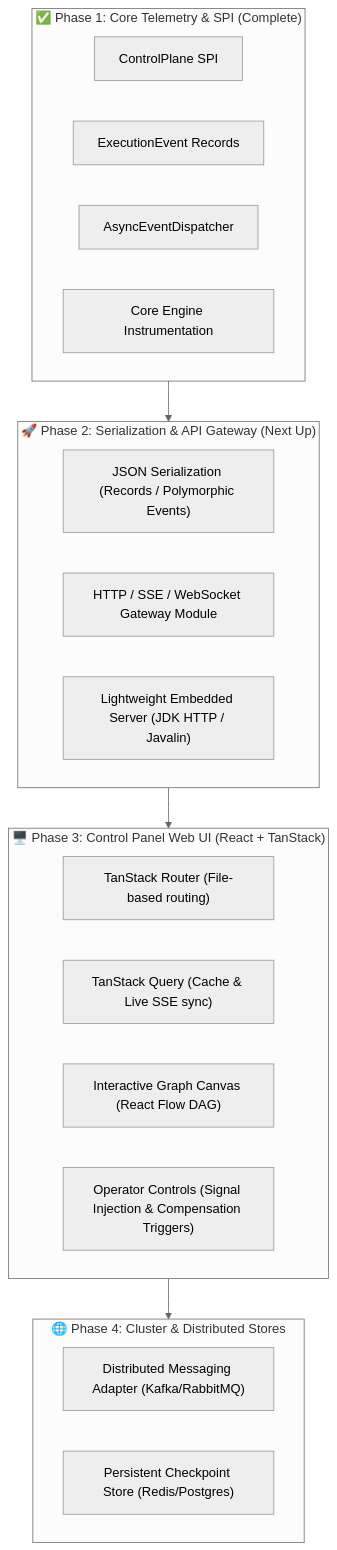
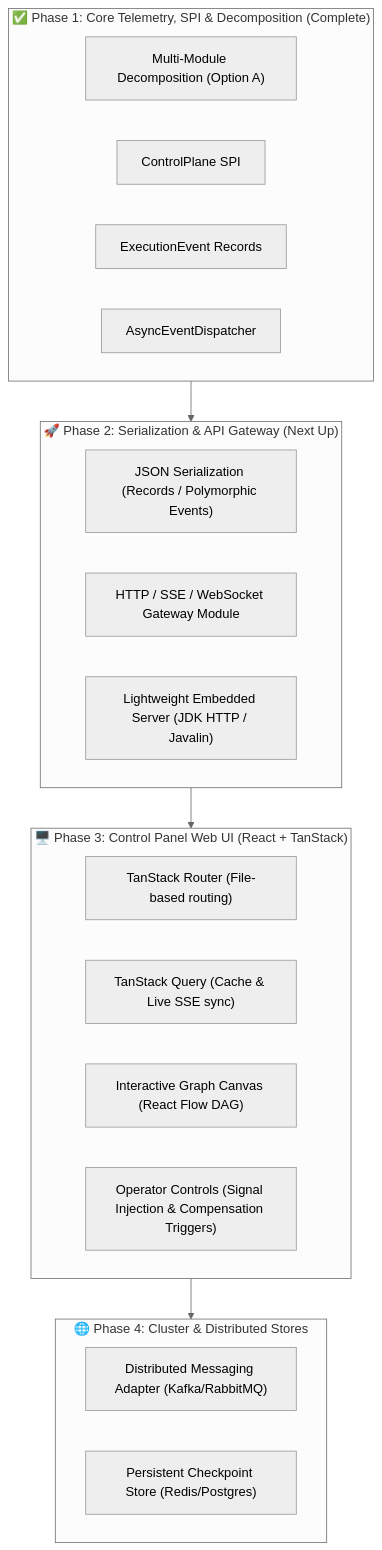
Before and after one commit to f442y/dispersion: the diagram in NEXT_STEPS.md, drawn with Mermaid (neutral theme). The commit also changed other lines of this file, not shown here.

Commit message:
docs: update NEXT_STEPS roadmap to reflect multi-module decomposition

````diff
--- a/NEXT_STEPS.md
+++ b/NEXT_STEPS.md
@@ -48,31 +57,31 @@
 ```mermaid
 flowchart TD
-    subgraph Done["✅ Phase 1: Core Telemetry & SPI (Complete)"]
+    subgraph Done["✅ Phase 1: Core Telemetry, SPI & Decomposition (Complete)"]
+        DEC["Multi-Module Decomposition (Option A)"]
         CP["ControlPlane SPI"]
         EE["ExecutionEvent Records"]
         DISP["AsyncEventDispatcher"]
-        INST["Core Engine Instrumentation"]
     end
 
     subgraph Next["🚀 Phase 2: Serialization & API Gateway (Next Up)"]
         SER["JSON Serialization (Records / Polymorphic Events)"]
         EP["HTTP / SSE / WebSocket Gateway Module"]
         CLI["Lightweight Embedded Server (JDK HTTP / Javalin)"]
     end
 
     subgraph UI["🖥️ Phase 3: Control Panel Web UI (React + TanStack)"]
         ROUTER["TanStack Router (File-based routing)"]
         QUERY["TanStack Query (Cache & Live SSE sync)"]
         GRAPH["Interactive Graph Canvas (React Flow DAG)"]
         CTRL["Operator Controls (Signal Injection & Compensation Triggers)"]
     end
 
     subgraph Dist["🌐 Phase 4: Cluster & Distributed Stores"]
         KAFKA["Distributed Messaging Adapter (Kafka/RabbitMQ)"]
         REDIS["Persistent Checkpoint Store (Redis/Postgres)"]
     end
 
     Done --> Next
     Next --> UI
     UI --> Dist
 ```
````
